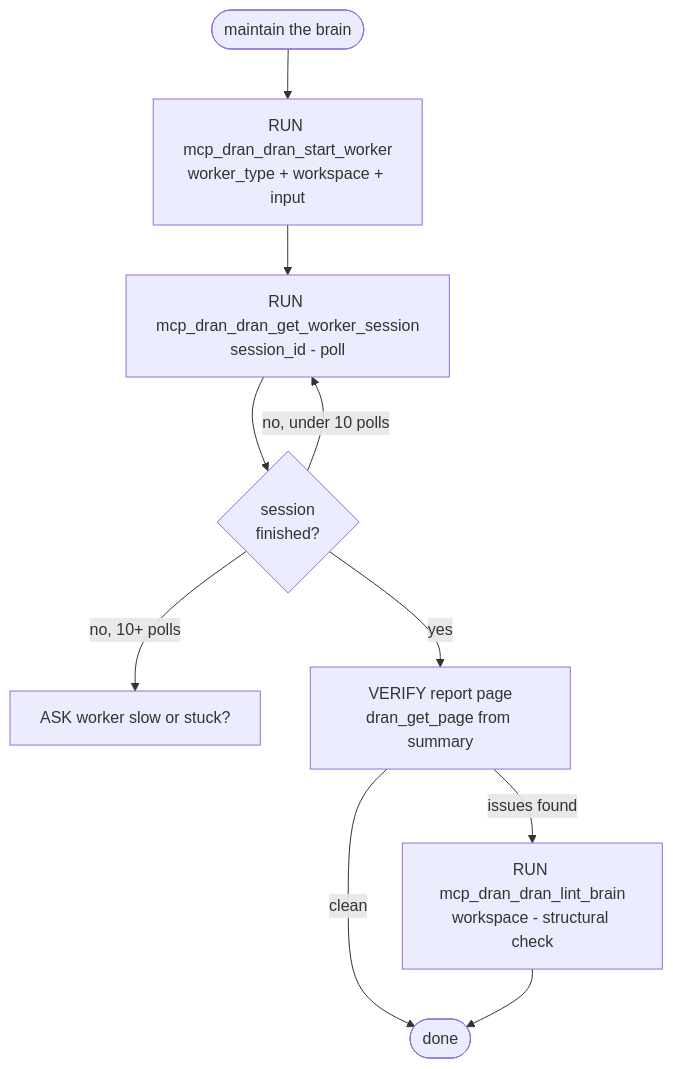
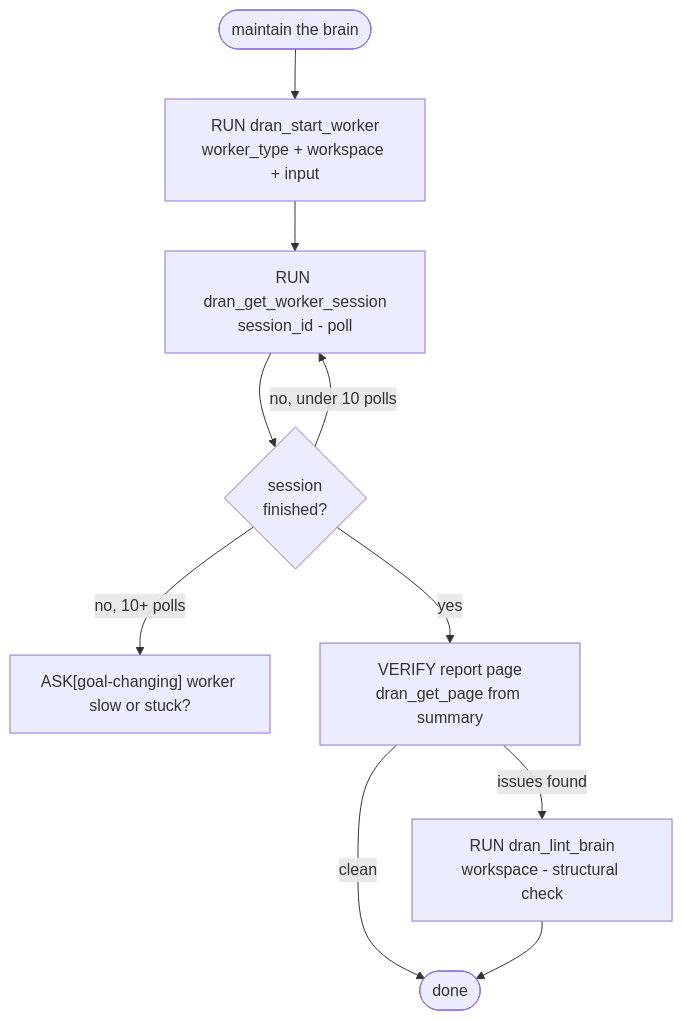
One commit to alvarolizama/dran changed the second of 2 diagrams in skills/dran-workers-flow/SKILL.md. Above: the diagram before and after it, drawn with Mermaid. The commit also changed other lines of this file and 9 other files, not shown here.

````diff
--- a/skills/dran-workers-flow/SKILL.md
+++ b/skills/dran-workers-flow/SKILL.md
@@ -40,12 +40,12 @@
 ```mermaid
 flowchart TD
-  START([maintain the brain]) --> S1["RUN mcp_dran_dran_start_worker\nworker_type + workspace + input"]
-  S1 --> S2["RUN mcp_dran_dran_get_worker_session\nsession_id - poll"]
+  START([maintain the brain]) --> S1["RUN dran_start_worker\nworker_type + workspace + input"]
+  S1 --> S2["RUN dran_get_worker_session\nsession_id - poll"]
   S2 --> G1{"session\nfinished?"}
   G1 -->|"no, under 10 polls"| S2
-  G1 -->|"no, 10+ polls"| A1["ASK worker slow or stuck?"]
+  G1 -->|"no, 10+ polls"| A1["ASK[goal-changing] worker slow or stuck?"]
   G1 -->|"yes"| V1["VERIFY report page\ndran_get_page from summary"]
   V1 -->|"clean"| END([done])
-  V1 -->|"issues found"| S3["RUN mcp_dran_dran_lint_brain\nworkspace - structural check"]
+  V1 -->|"issues found"| S3["RUN dran_lint_brain\nworkspace - structural check"]
   S3 --> END
 ```
````
